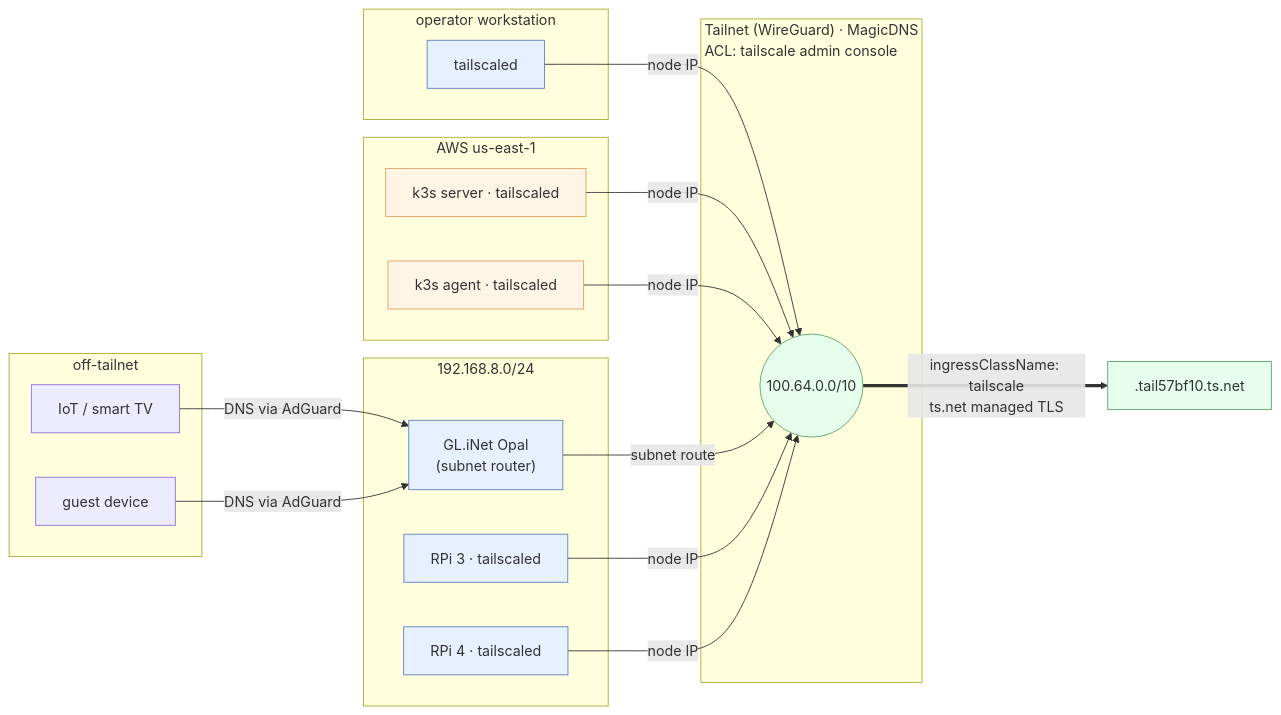
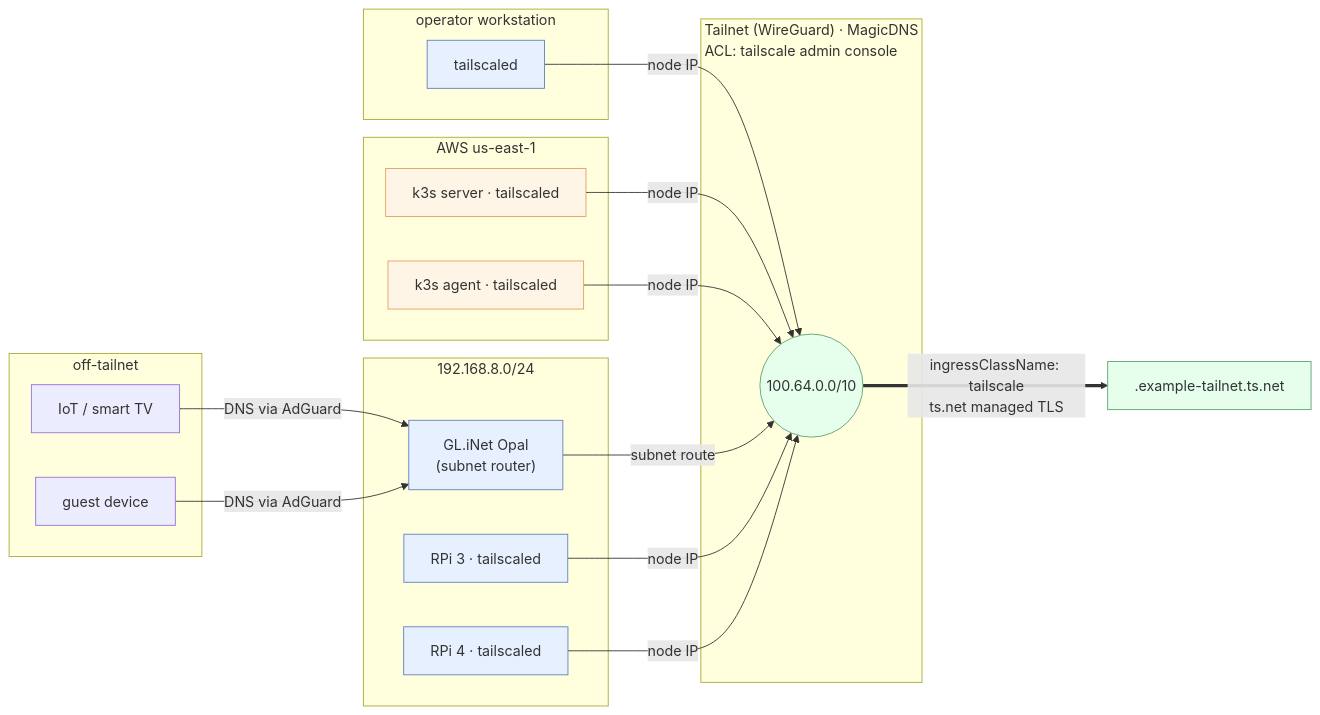
The first of 2 diagrams in docs/architecture/networking.md (ariel-extending851/homelab), drawn with Mermaid before and after one commit. The commit also changed other lines of this file and 27 other files, not shown here.

````diff
--- a/docs/architecture/networking.md
+++ b/docs/architecture/networking.md
@@ -33,45 +33,45 @@
 ```mermaid
 flowchart LR
     subgraph EXT["off-tailnet"]
         IOT["IoT / smart TV"]
         GUEST["guest device"]
     end
 
     subgraph LAN["192.168.8.0/24"]
         ROUTER["GL.iNet Opal<br/>(subnet router)"]
         PI3["RPi 3 · tailscaled"]
         PI4["RPi 4 · tailscaled"]
     end
 
     subgraph CLOUD["AWS us-east-1"]
         SERVER["k3s server · tailscaled"]
         AGENT["k3s agent · tailscaled"]
     end
 
     subgraph LAPTOP["operator workstation"]
         WS["tailscaled"]
     end
 
     subgraph TS["Tailnet (WireGuard) · MagicDNS<br/>ACL: tailscale admin console"]
         MESH(("100.64.0.0/10"))
     end
 
     PI3    -- node IP --> MESH
     PI4    -- node IP --> MESH
     SERVER -- node IP --> MESH
     AGENT  -- node IP --> MESH
     WS     -- node IP --> MESH
 
     IOT   -- DNS via AdGuard --> ROUTER
     GUEST -- DNS via AdGuard --> ROUTER
     ROUTER -- subnet route --> MESH
 
-    MESH ==>|ingressClassName: tailscale<br/>ts.net managed TLS| APPS["<app>.tail57bf10.ts.net"]
+    MESH ==>|ingressClassName: tailscale<br/>ts.net managed TLS| APPS["<app>.example-tailnet.ts.net"]
 
     classDef cloud fill:#fff5e6,stroke:#e0a060
     classDef edge fill:#e6f0ff,stroke:#6080c0
     classDef mesh fill:#e6ffed,stroke:#60a070
     class SERVER,AGENT cloud
     class PI3,PI4,ROUTER,WS edge
     class MESH,APPS mesh
 ```
````
